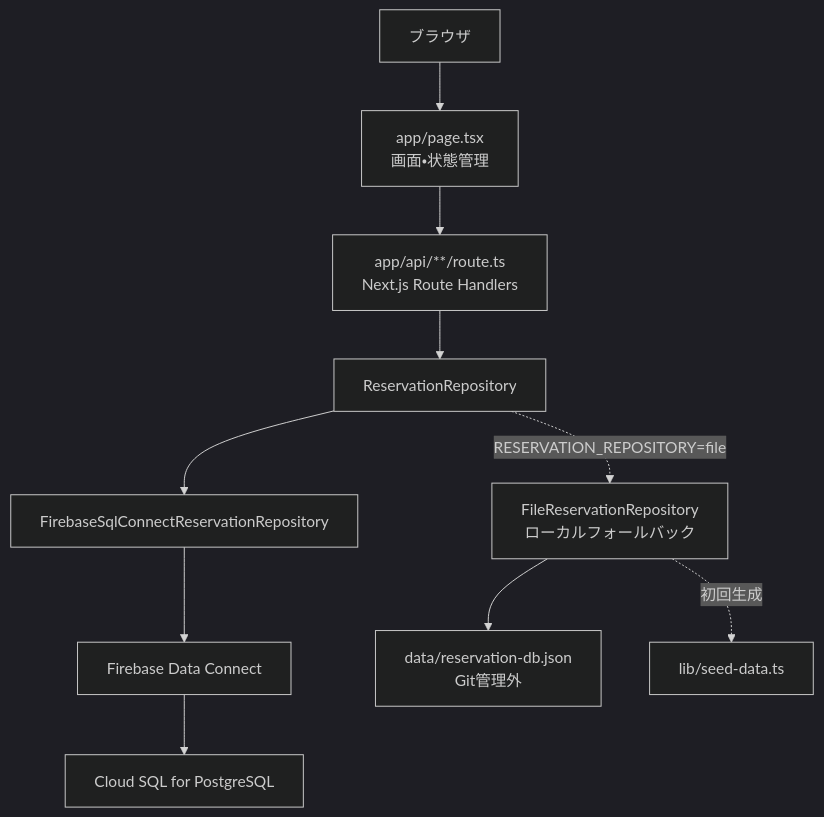
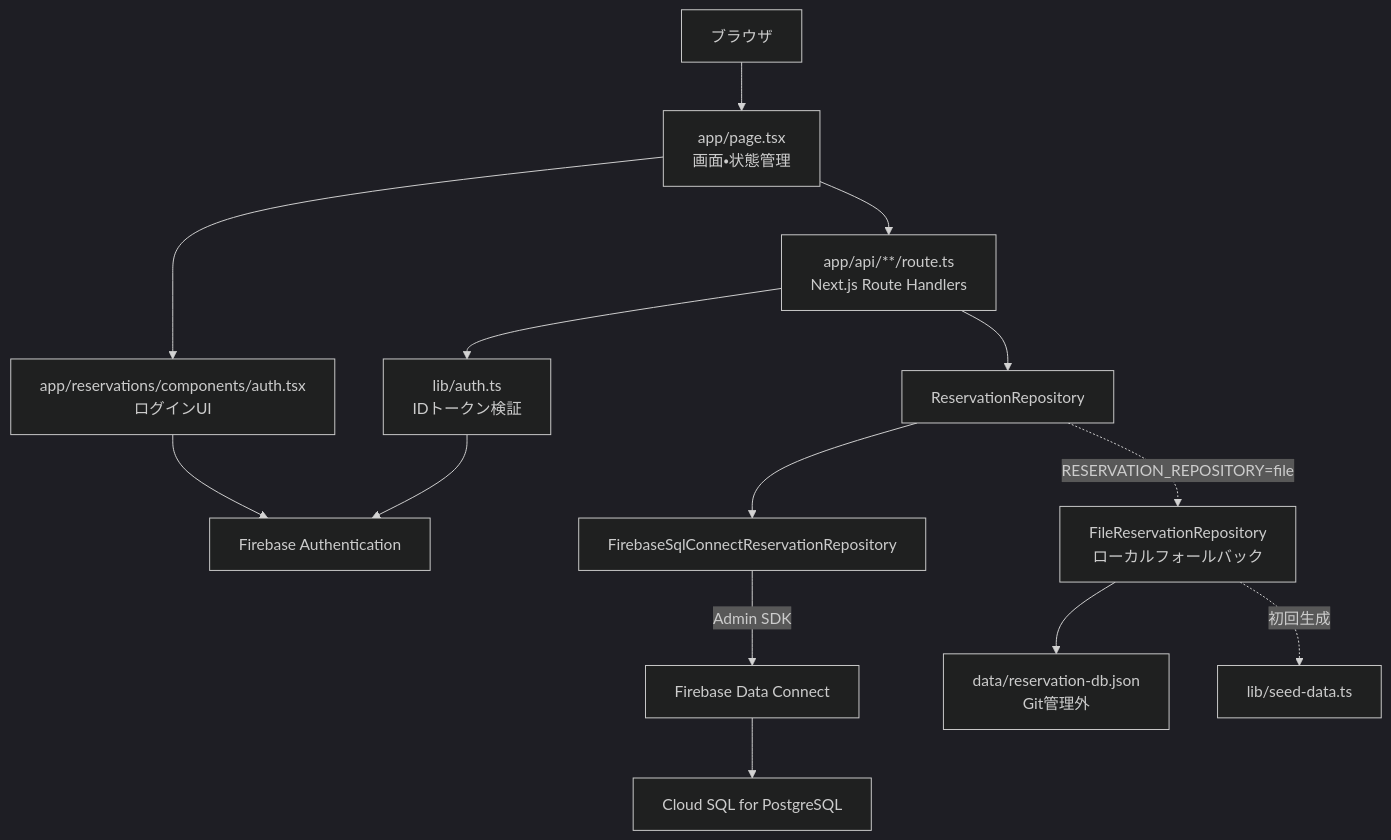
The diagram in docs/03-system-architecture.md (MichitaroNoge/reservation-system), drawn with Mermaid (dark theme) before and after one commit. The commit also changed other lines of this file and 25 other files, not shown here.

Commit message:
Secure Data Connect and complete reservation updates

````diff
--- a/docs/03-system-architecture.md
+++ b/docs/03-system-architecture.md
@@ -9,23 +9,30 @@
 ```mermaid
 flowchart TD
   Browser["ブラウザ"]
   Page["app/page.tsx<br/>画面・状態管理"]
+  AuthUi["app/reservations/components/auth.tsx<br/>ログインUI"]
+  FirebaseAuth["Firebase Authentication"]
   Api["app/api/**/route.ts<br/>Next.js Route Handlers"]
+  ApiAuth["lib/auth.ts<br/>IDトークン検証"]
   Repo["ReservationRepository"]
   DataConnectRepo["FirebaseSqlConnectReservationRepository"]
   FileRepo["FileReservationRepository<br/>ローカルフォールバック"]
   DataConnect["Firebase Data Connect"]
   Postgres["Cloud SQL for PostgreSQL"]
   JsonFile["data/reservation-db.json<br/>Git管理外"]
   Seed["lib/seed-data.ts"]
 
   Browser --> Page
+  Page --> AuthUi
+  AuthUi --> FirebaseAuth
   Page --> Api
+  Api --> ApiAuth
+  ApiAuth --> FirebaseAuth
   Api --> Repo
   Repo --> DataConnectRepo
-  DataConnectRepo --> DataConnect
+  DataConnectRepo -->|"Admin SDK"| DataConnect
   DataConnect --> Postgres
   Repo -. RESERVATION_REPOSITORY=file .-> FileRepo
   FileRepo -. 初回生成 .-> Seed
   FileRepo --> JsonFile
 ```
````
